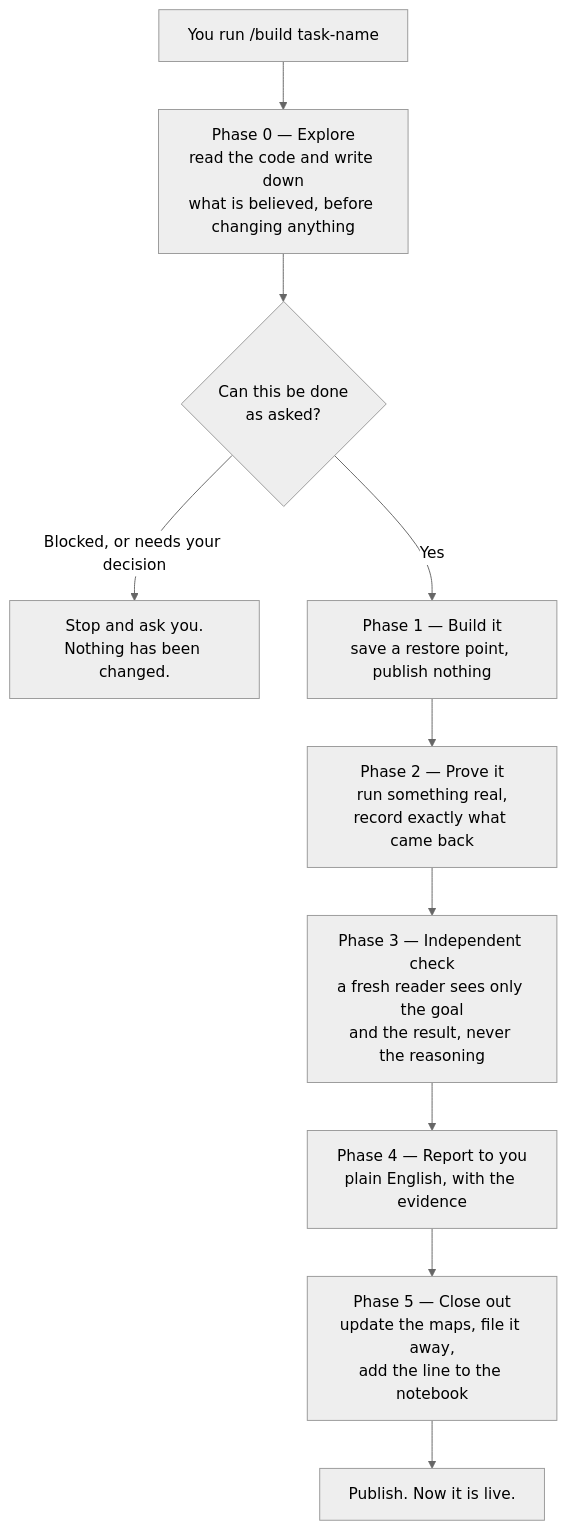
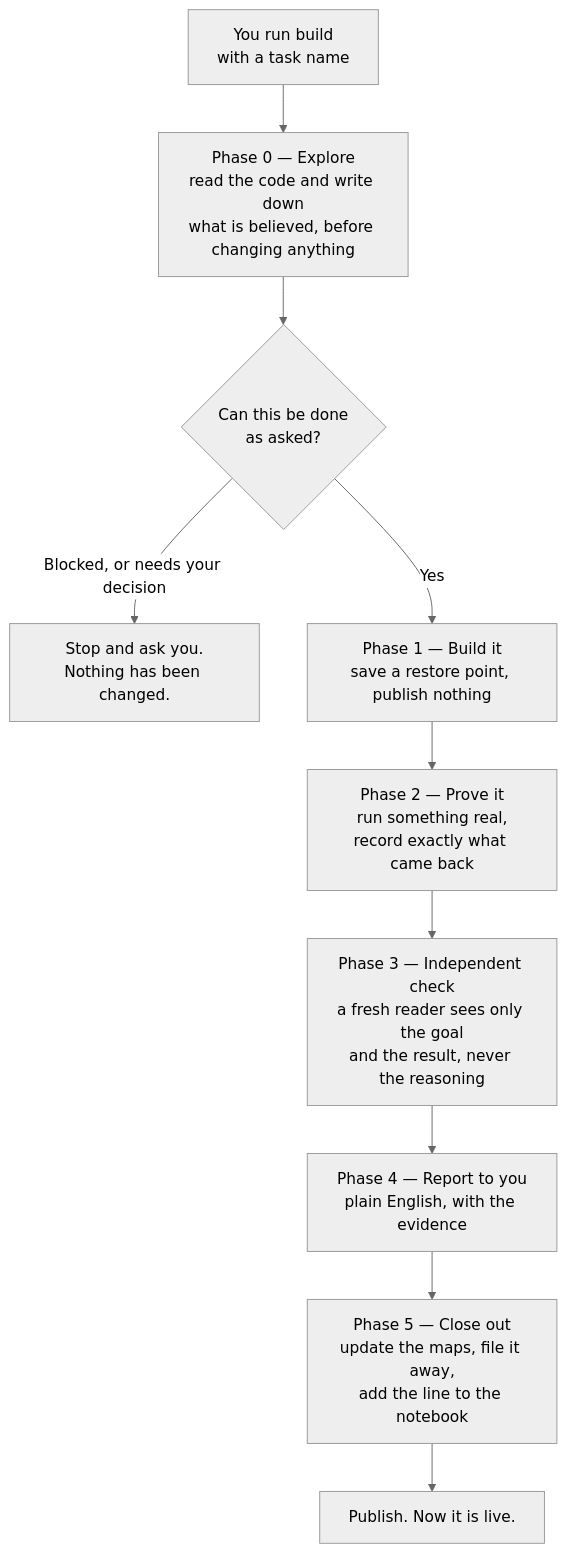
Before and after one commit to riddhimjainsandeep-eng/Build-task: the diagram in docs/flowcharts/03-a-task-start-to-finish.md, drawn with Mermaid (neutral theme). The commit also changed 12 other files, not shown here.

````diff
--- a/docs/flowcharts/03-a-task-start-to-finish.md
+++ b/docs/flowcharts/03-a-task-start-to-finish.md
@@ -3,14 +3,14 @@
 ```mermaid
 flowchart TD
-    A["You run /build task-name"] --> P0["Phase 0 — Explore<br/>read the code and write down<br/>what is believed, before changing anything"]
+    A["You run build<br/>with a task name"] --> P0["Phase 0 — Explore<br/>read the code and write down<br/>what is believed, before changing anything"]
 
     P0 --> V{"Can this be done<br/>as asked?"}
     V -->|"Blocked, or needs your decision"| STOP["Stop and ask you.<br/>Nothing has been changed."]
     V -->|"Yes"| P1["Phase 1 — Build it<br/>save a restore point, publish nothing"]
 
     P1 --> P2["Phase 2 — Prove it<br/>run something real,<br/>record exactly what came back"]
     P2 --> P3["Phase 3 — Independent check<br/>a fresh reader sees only the goal<br/>and the result, never the reasoning"]
     P3 --> P4["Phase 4 — Report to you<br/>plain English, with the evidence"]
     P4 --> P5["Phase 5 — Close out<br/>update the maps, file it away,<br/>add the line to the notebook"]
     P5 --> LIVE["Publish. Now it is live."]
 ```
````
